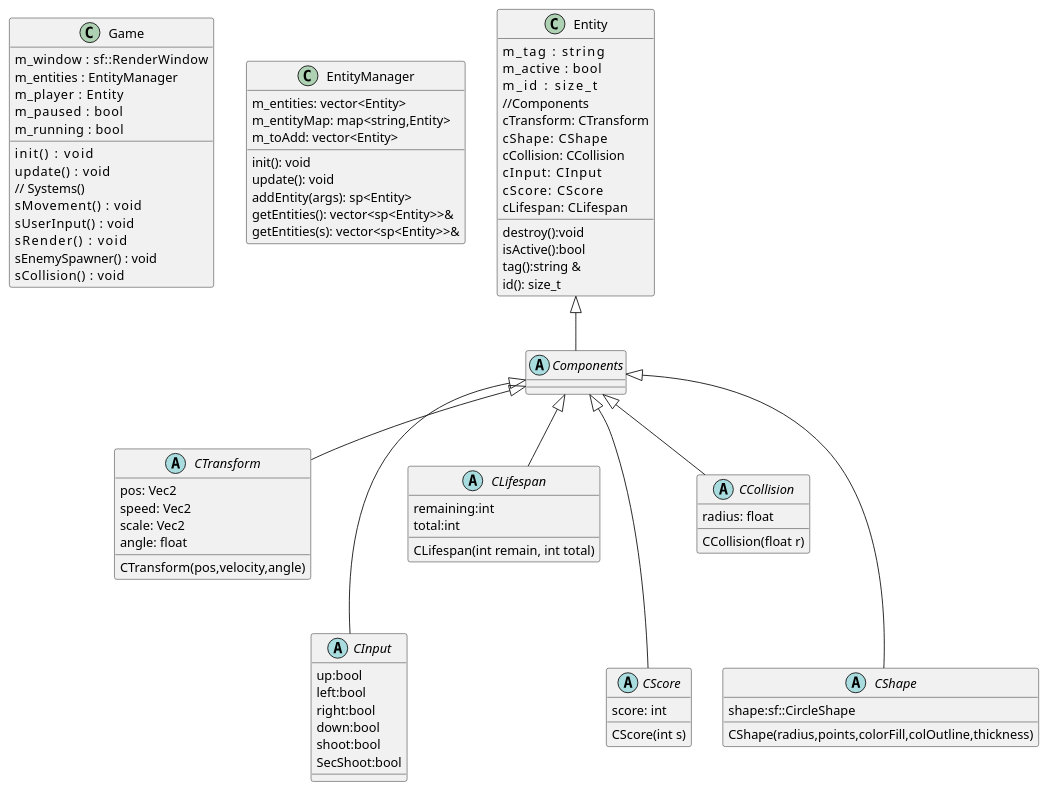
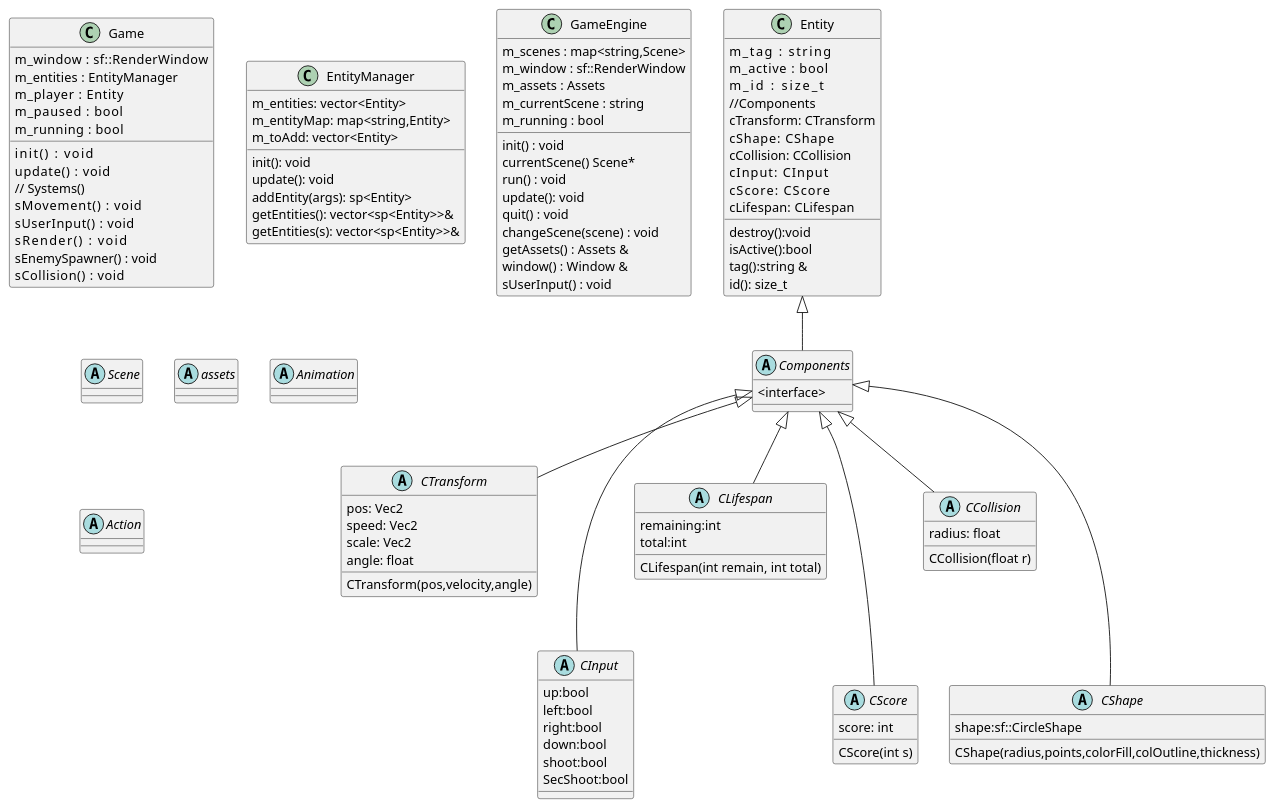
One commit to Manoloon/GameEngine2D changed the diagram in EngineStructure.puml. Above: the diagram before and after it, drawn with PlantUML. The commit also changed 4 other files, not shown here.

```diff
--- a/EngineStructure.puml
+++ b/EngineStructure.puml
@@ -1,101 +1,127 @@
 @startuml
 'https://plantuml.com/class-diagram
 
 abstract class Game
 abstract class EntityManager
 abstract class Entity
 abstract class Components
+{
+<interface>
+}
+
+abstract class GameEngine
+abstract class Scene
+abstract class assets
+abstract class Animation
+abstract class Action
 
 abstract CTransform
 {
 pos: Vec2
 speed: Vec2
 scale: Vec2
 angle: float
 CTransform(pos,velocity,angle)
 }
 Entity<|--Components
 Components<|--CTransform
 Components<|---CInput
 Components<|--CLifespan
 Components<|---CScore
 Components<|--CCollision
 Components<|---CShape
 abstract CCollision
 {
 radius: float
 CCollision(float r)
 }
 abstract CLifespan
 {
 remaining:int
 total:int
 CLifespan(int remain, int total)
 }
 abstract CScore
 {
 score: int
 CScore(int s)
 }
 
 abstract CInput
 {
 up:bool
 left:bool
 right:bool
 down:bool
 shoot:bool
 SecShoot:bool
 }
 abstract CShape
 {
 shape:sf::CircleShape
 CShape(radius,points,colorFill,colOutline,thickness)
 }
 class Game {
 m_window    : sf::RenderWindow
 m_entities  : EntityManager
 m_player    : Entity
 m_paused    : bool
 m_running   : bool
 init()      : void
 update()    : void
 // Systems()
 sMovement()     : void
 sUserInput()    : void
 sRender()       : void
 sEnemySpawner() : void
 sCollision()    : void
 }
 
 class EntityManager
 {
 m_entities: vector<Entity>
 m_entityMap: map<string,Entity>
 m_toAdd: vector<Entity>
 init(): void
 update(): void
 addEntity(args): sp<Entity>
 getEntities(): vector<sp<Entity>>&
 getEntities(s): vector<sp<Entity>>&
 }
 
 class Entity
 {
 m_tag       : string
 m_active    : bool
 m_id        : size_t
 //Components
 cTransform: CTransform
 cShape:    CShape
 cCollision: CCollision
 cInput:     CInput
 cScore:     CScore
 cLifespan:  CLifespan
 destroy():void
 isActive():bool
 tag():string &
 id(): size_t
 }
 
+class GameEngine
+{
+m_scenes : map<string,Scene>
+m_window : sf::RenderWindow
+m_assets : Assets
+m_currentScene : string
+m_running : bool
+init() : void
+currentScene() Scene*
+run() : void
+update(): void
+quit() : void
+changeScene(scene) : void
+getAssets() : Assets &
+window() : Window &
+sUserInput() : void
+}
 @enduml
```
